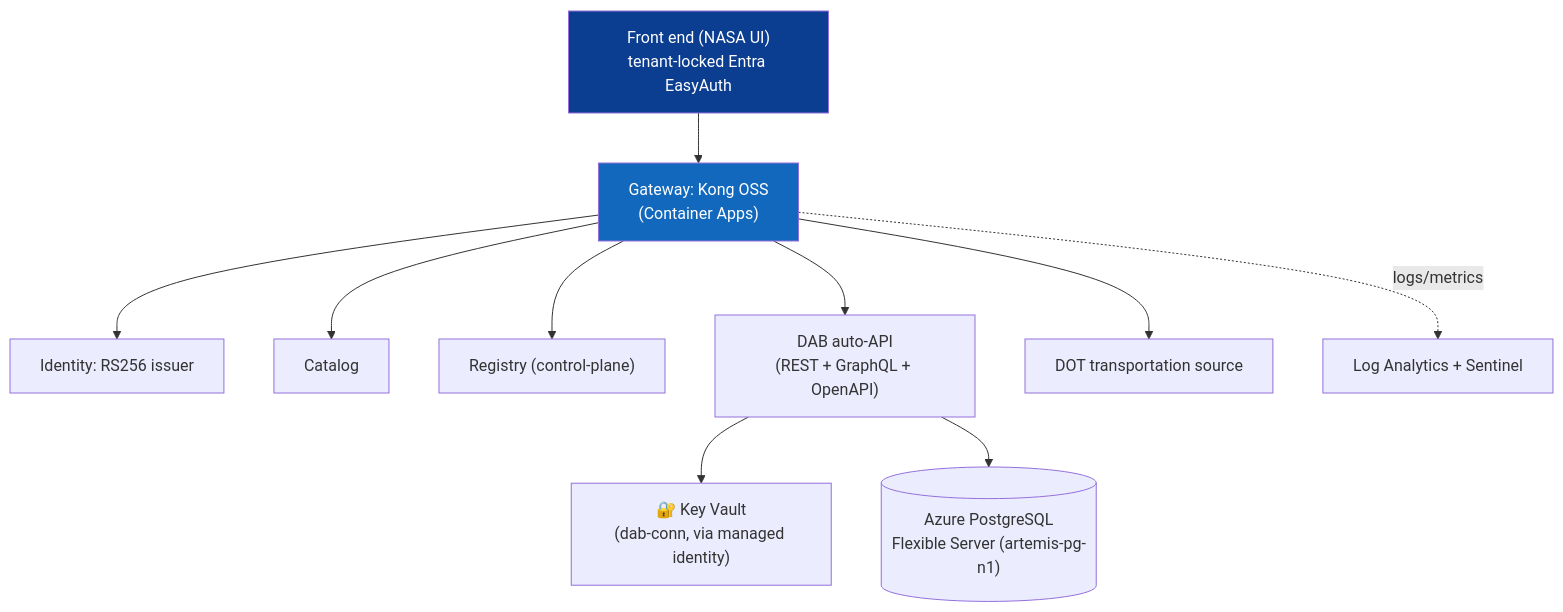
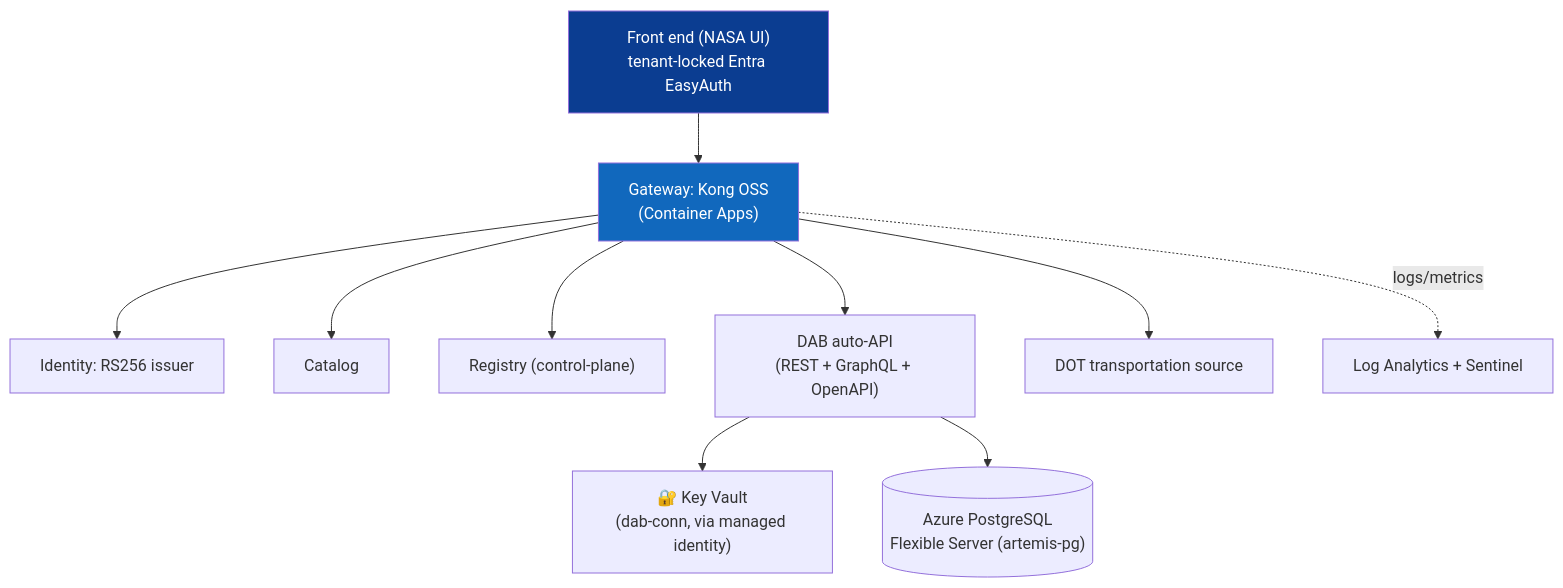
The second of 3 diagrams in docs/DEMO-DAY.md (fgarofalo56/nasa-api-first-poc), drawn with Mermaid before and after one commit. The commit also changed other lines of this file and 18 other files, not shown here.

````diff
--- a/docs/DEMO-DAY.md
+++ b/docs/DEMO-DAY.md
@@ -336,14 +336,14 @@
 ```mermaid
 flowchart TD
     UI["Front end (NASA UI)<br/>tenant-locked Entra EasyAuth"] --> Kong["Gateway: Kong OSS<br/>(Container Apps)"]
     Kong --> ID["Identity: RS256 issuer"]
     Kong --> Cat["Catalog"]
     Kong --> Reg["Registry (control-plane)"]
     Kong --> DAB["DAB auto-API<br/>(REST + GraphQL + OpenAPI)"]
     Kong --> DOT["DOT transportation source"]
     DAB --> KV["🔐 Key Vault<br/>(dab-conn, via managed identity)"]
-    DAB --> PG[("Azure PostgreSQL<br/>Flexible Server (artemis-pg-n1)")]
+    DAB --> PG[("Azure PostgreSQL<br/>Flexible Server (artemis-pg)")]
     Kong -. logs/metrics .-> LA["Log Analytics + Sentinel"]
     style UI fill:#0b3d91,color:#fff
     style Kong fill:#1168bd,color:#fff
 ```
````
